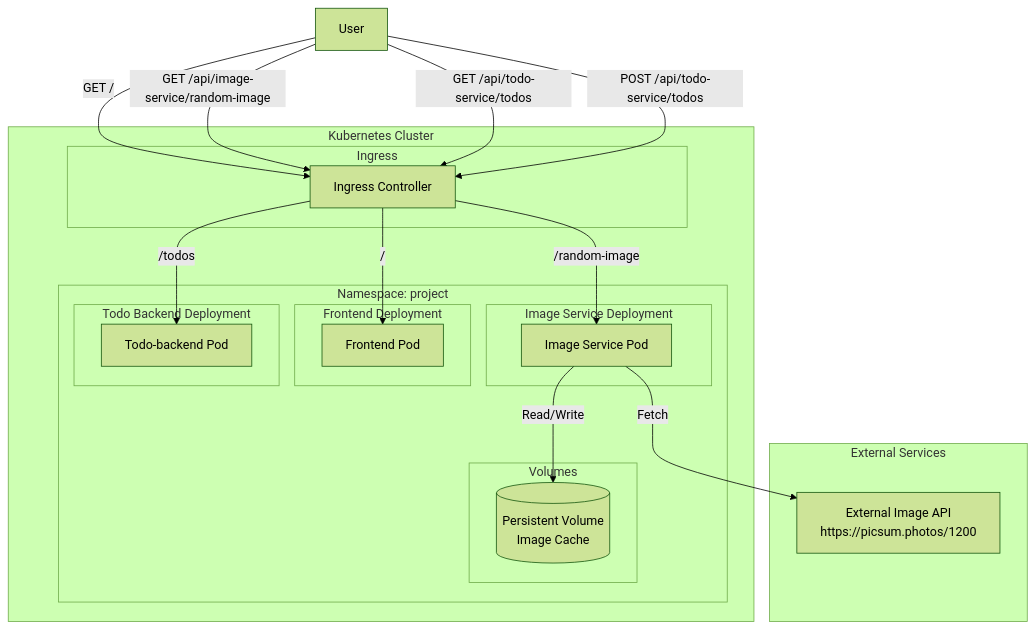
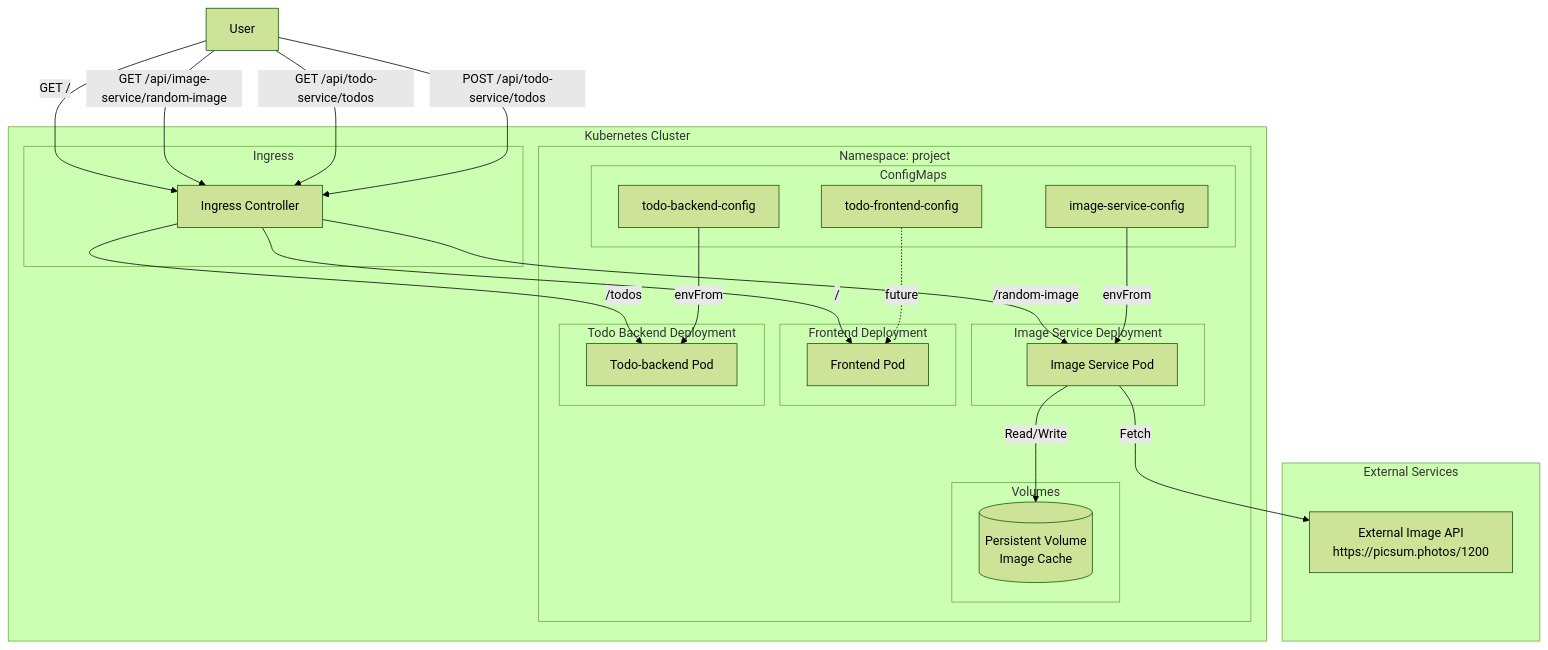
One commit to Yakovyakov/KubernetsSubmissions changed the diagram in the_project/README.md. Above: the diagram before and after it, drawn with Mermaid (forest theme). The commit also changed other lines of this file and 10 other files, not shown here.

````diff
--- a/the_project/README.md
+++ b/the_project/README.md
@@ -131,45 +144,56 @@
   ```mermaid
 graph TD
   subgraph Kubernetes Cluster
     subgraph Ingress
       I[Ingress Controller]
     end
     subgraph "Namespace: project"
       subgraph Image Service Deployment
         IS[Image Service Pod]
       end
 
       subgraph Frontend Deployment
         F[Frontend Pod]
       end
 
       subgraph Todo Backend Deployment
         TB[Todo-backend Pod]
       end
 
       subgraph Volumes
         PV[(Persistent Volume<br>Image Cache)]
       end
+
+      subgraph ConfigMaps
+        CM1[todo-backend-config]
+        CM2[image-service-config]
+        CM3[todo-frontend-config]
+      end
     end
   end
 
   subgraph External Services
     EXT[External Image API<br>https://picsum.photos/1200]
   end
 
   User[User] -->|GET /| I
   User -->|GET /api/image-service/random-image| I
   User -->|GET /api/todo-service/todos| I
   User -->|POST /api/todo-service/todos| I
 
   I -->|/| F
   I -->|/random-image| IS
   I -->|/todos| TB
 
   IS -->|Read/Write| PV
   IS -->|Fetch| EXT
 
+  CM1 -->|envFrom| TB
+  CM2 -->|envFrom| IS
+  CM3 -. future .-> F
+
   class IS,F,TB pod;
   class PV storage;
   class I ingress;
+  class CM1,CM2,CM3 configmap;
   ```
````
